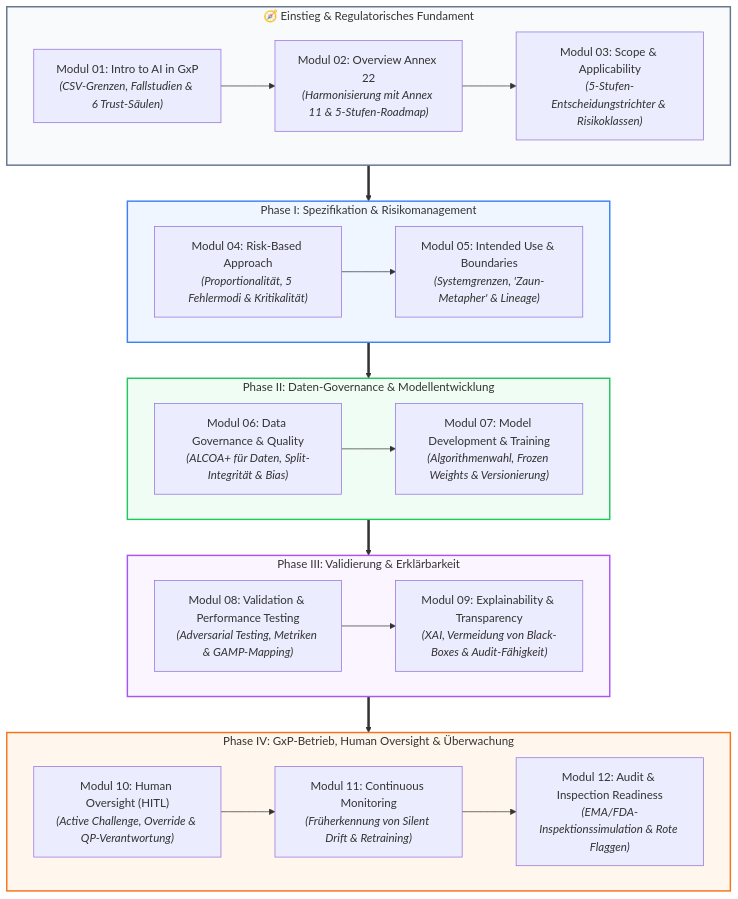
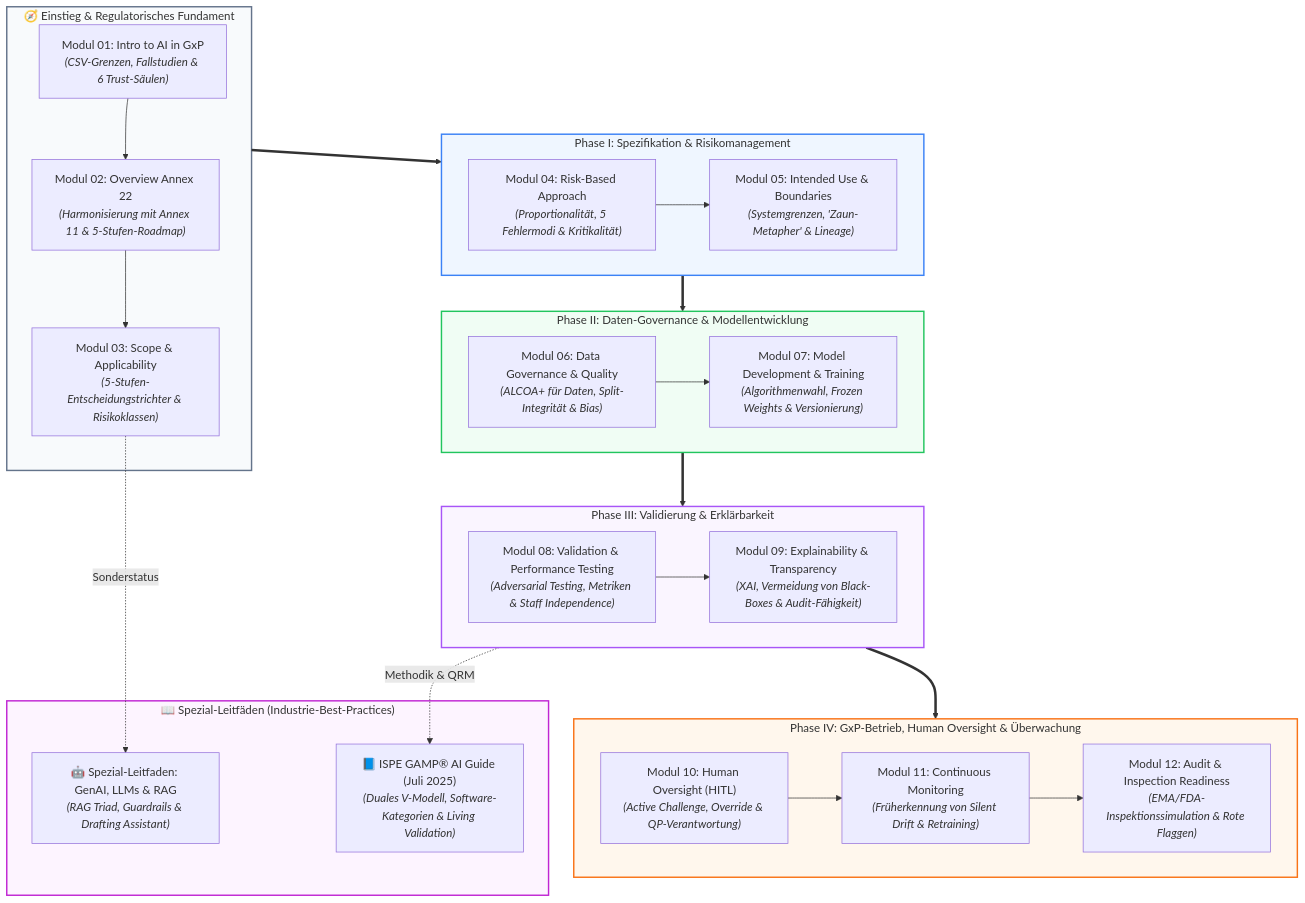
Before and after one commit to Lunaman06/Annex22: the second of 2 diagrams in docs/00_overview.md, drawn with Mermaid. The commit also changed other lines of this file, not shown here.

Commit message:
docs: integrate GenAI and GAMP AI appendices into Chapter 2 lifecycle map

````diff
--- a/docs/00_overview.md
+++ b/docs/00_overview.md
@@ -46,45 +46,54 @@
 ```mermaid
 flowchart TD
     subgraph S0["🧭 Einstieg & Regulatorisches Fundament"]
         M01["Modul 01: Intro to AI in GxP<br/><i>(CSV-Grenzen, Fallstudien & 6 Trust-Säulen)</i>"]
         M02["Modul 02: Overview Annex 22<br/><i>(Harmonisierung mit Annex 11 & 5-Stufen-Roadmap)</i>"]
         M03["Modul 03: Scope & Applicability<br/><i>(5-Stufen-Entscheidungstrichter & Risikoklassen)</i>"]
         M01 --> M02 --> M03
     end
 
     subgraph S1["Phase I: Spezifikation & Risikomanagement"]
         M04["Modul 04: Risk-Based Approach<br/><i>(Proportionalität, 5 Fehlermodi & Kritikalität)</i>"]
         M05["Modul 05: Intended Use & Boundaries<br/><i>(Systemgrenzen, 'Zaun-Metapher' & Lineage)</i>"]
         M04 --> M05
     end
 
     subgraph S2["Phase II: Daten-Governance & Modellentwicklung"]
         M06["Modul 06: Data Governance & Quality<br/><i>(ALCOA+ für Daten, Split-Integrität & Bias)</i>"]
         M07["Modul 07: Model Development & Training<br/><i>(Algorithmenwahl, Frozen Weights & Versionierung)</i>"]
         M06 --> M07
     end
 
     subgraph S3["Phase III: Validierung & Erklärbarkeit"]
-        M08["Modul 08: Validation & Performance Testing<br/><i>(Adversarial Testing, Metriken & GAMP-Mapping)</i>"]
+        M08["Modul 08: Validation & Performance Testing<br/><i>(Adversarial Testing, Metriken & Staff Independence)</i>"]
         M09["Modul 09: Explainability & Transparency<br/><i>(XAI, Vermeidung von Black-Boxes & Audit-Fähigkeit)</i>"]
         M08 --> M09
     end
 
     subgraph S4["Phase IV: GxP-Betrieb, Human Oversight & Überwachung"]
         M10["Modul 10: Human Oversight (HITL)<br/><i>(Active Challenge, Override & QP-Verantwortung)</i>"]
         M11["Modul 11: Continuous Monitoring<br/><i>(Früherkennung von Silent Drift & Retraining)</i>"]
         M12["Modul 12: Audit & Inspection Readiness<br/><i>(EMA/FDA-Inspektionssimulation & Rote Flaggen)</i>"]
         M10 --> M11 --> M12
     end
 
+    subgraph SA["📖 Spezial-Leitfäden (Industrie-Best-Practices)"]
+        APP_GEN["🤖 Spezial-Leitfaden: GenAI, LLMs & RAG<br/><i>(RAG Triad, Guardrails & Drafting Assistant)</i>"]
+        APP_GAMP["📘 ISPE GAMP® AI Guide (Juli 2025)<br/><i>(Duales V-Modell, Software-Kategorien & Living Validation)</i>"]
+    end
+
     S0 ==> S1
     S1 ==> S2
     S2 ==> S3
     S3 ==> S4
+
+    M03 -. Sonderstatus .-> APP_GEN
+    S3 -. Methodik & QRM .-> APP_GAMP
 
     style S0 fill:#f8fafc,stroke:#64748b,stroke-width:2px
     style S1 fill:#eff6ff,stroke:#3b82f6,stroke-width:2px
     style S2 fill:#f0fdf4,stroke:#22c55e,stroke-width:2px
     style S3 fill:#faf5ff,stroke:#a855f7,stroke-width:2px
     style S4 fill:#fff7ed,stroke:#f97316,stroke-width:2px
+    style SA fill:#fdf4ff,stroke:#c026d3,stroke-width:2px
 ```
````
